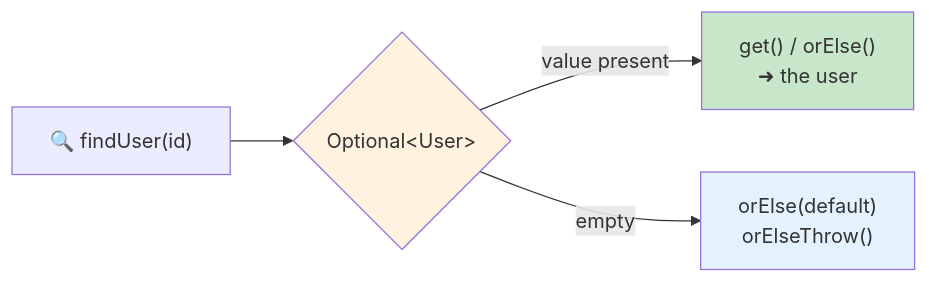
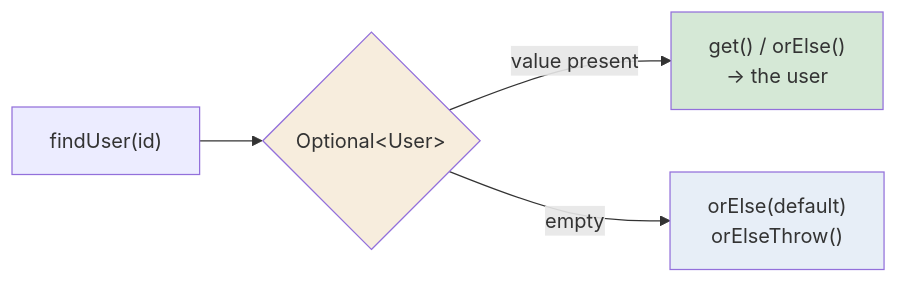
Before and after one commit to kundankumarsharma56/Leaning-Java: the diagram in src/Theory/12-Java-8-Features/07-Optional-Class.md, drawn with Mermaid. The commit also changed other lines of this file and 84 other files, not shown here.

````diff
--- a/src/Theory/12-Java-8-Features/07-Optional-Class.md
+++ b/src/Theory/12-Java-8-Features/07-Optional-Class.md
@@ -21,9 +21,9 @@
 ```mermaid
 flowchart LR
-    M["🔍 findUser(id)"] --> O{"Optional&lt;User&gt;"}
-    O -->|value present| P["get() / orElse()<br/>➜ the user"]
+    M["findUser(id)"] --> O{"Optional&lt;User&gt;"}
+    O -->|value present| P["get() / orElse()<br/>→ the user"]
     O -->|empty| E["orElse(default)<br/>orElseThrow()"]
-    style O fill:#fff3e0
-    style P fill:#c8e6c9
-    style E fill:#e3f2fd
+    style O fill:#f7eddd
+    style P fill:#d5e8d6
+    style E fill:#e7eef7
 ```
````
